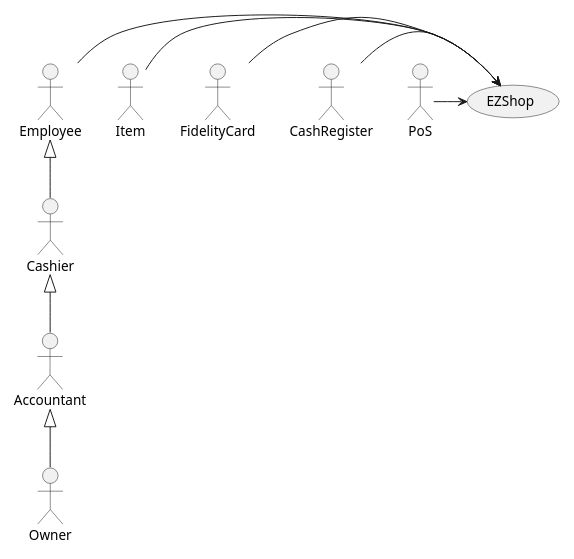
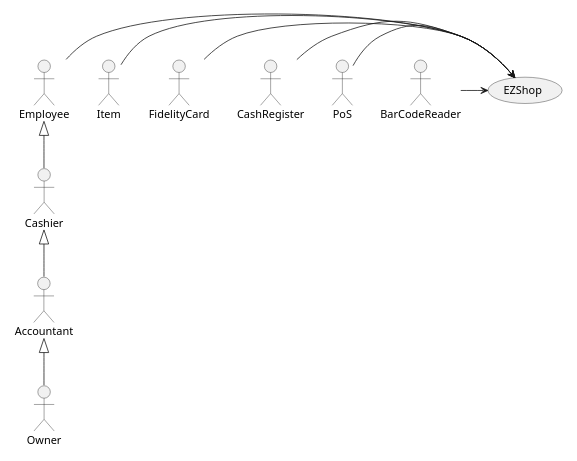
The first of 6 diagrams in Deliverables/RequirementsDocument.md (djemar/softeng_ezshop), drawn with PlantUML before and after one commit. The commit also changed other lines of this file, not shown here.

Commit message:
BarCode Reader

````diff
--- a/Deliverables/RequirementsDocument.md
+++ b/Deliverables/RequirementsDocument.md
@@ -76,21 +77,23 @@
 ```plantuml
 scale 400 width
 top to bottom direction
 actor Owner as o
 actor Employee as e
 actor CashRegister as cr
 actor Item as i
 actor Accountant as acc
 actor Cashier as cas
 actor FidelityCard as f
 actor PoS as pos
+actor BarCodeReader as br
 
 o -up-|> acc
 cas -up-|> e
 acc -up-|> cas
 i -> (EZShop)
 e -> (EZShop)
 f -> (EZShop)
 cr -> (EZShop)
 pos -> (EZShop)
+br -> (EZShop)
 ```
````
